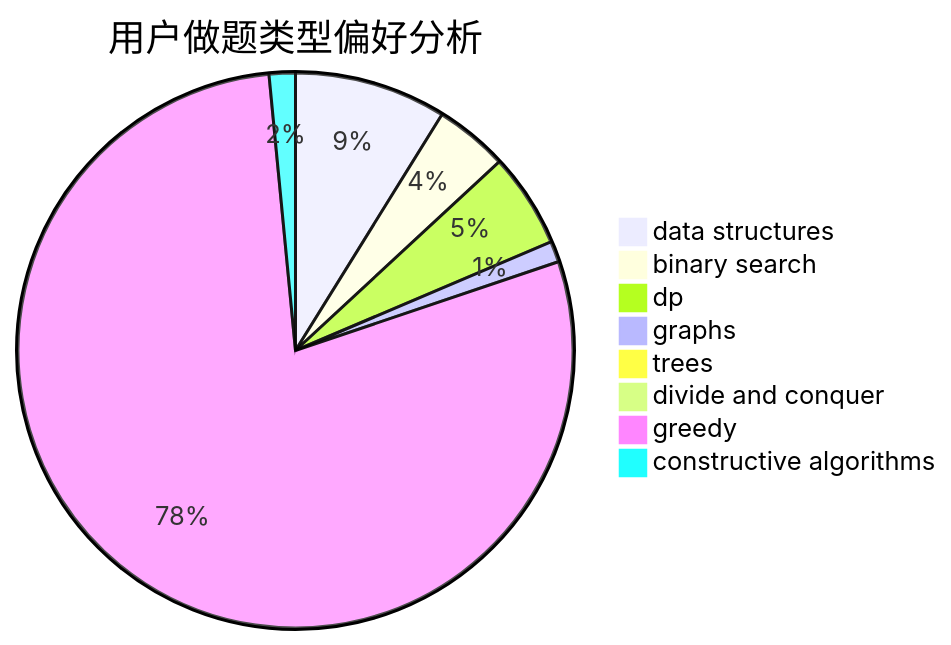
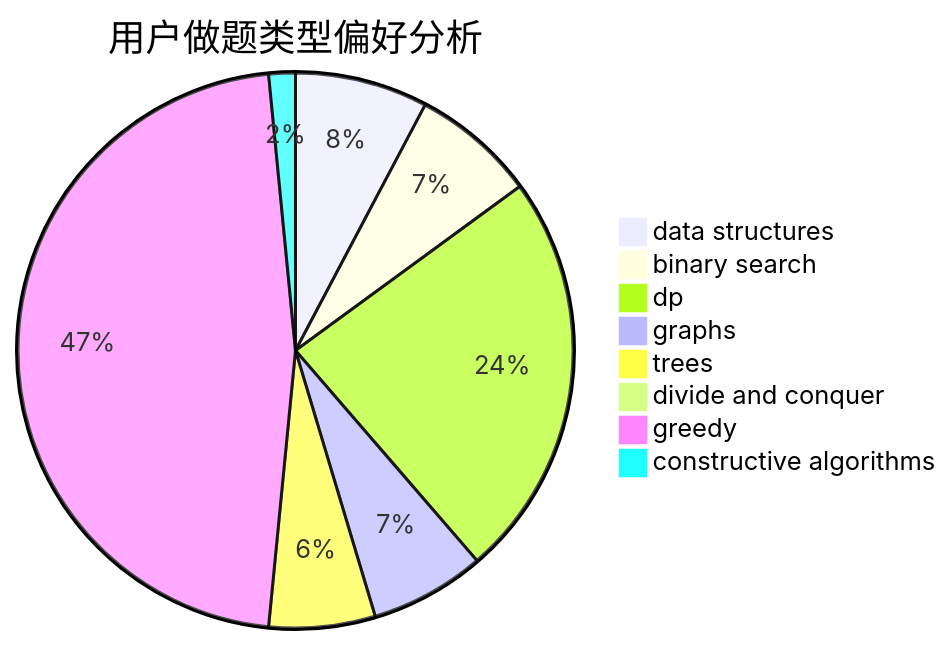
The second of 3 diagrams in docs/user/u2067.md (sherpahu/cfrs.github.io), drawn with Mermaid before and after one commit. The commit also changed other lines of this file and 2770 other files, not shown here.

````diff
--- a/docs/user/u2067.md
+++ b/docs/user/u2067.md
@@ -23,11 +23,11 @@
 ```mermaid
 pie title 用户做题类型偏好分析
-    "data structures" :  29
+    "data structures" :  15
     "binary search" :  14
-    "dp" :  18
-    "graphs" :  4
-    "trees" :  0
-    "divide and conquer" :  3
-    "greedy" :  258
-    "constructive algorithms" :  5
+    "dp" :  46
+    "graphs" :  13
+    "trees" :  12
+    "divide and conquer" :  1
+    "greedy" :  91
+    "constructive algorithms" :  3
 ```
````
